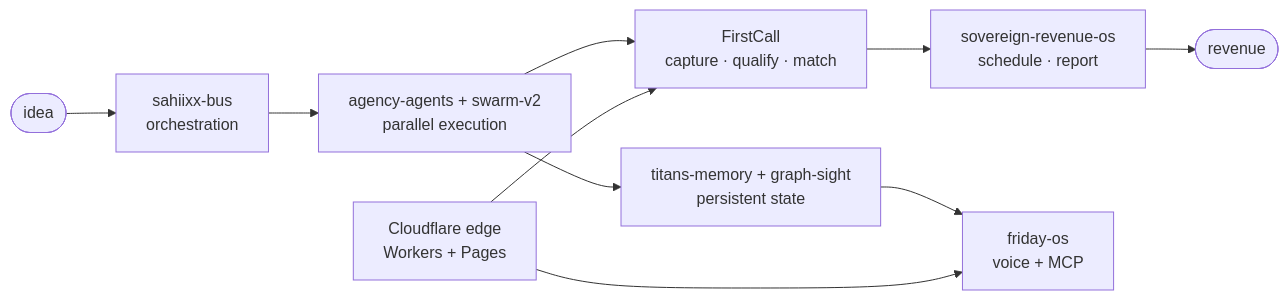
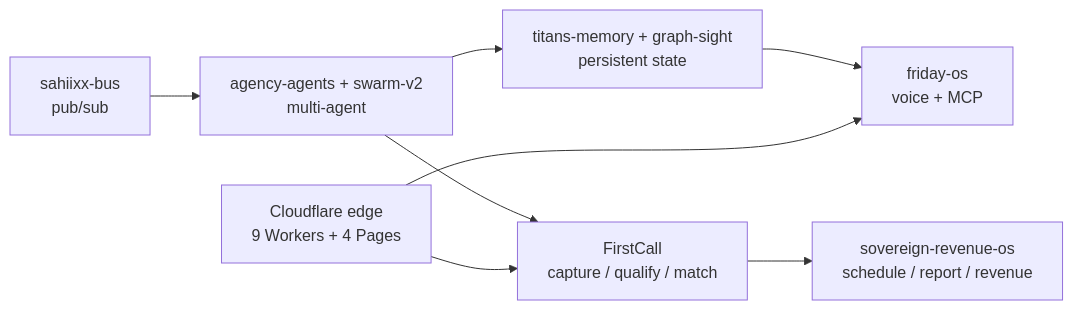
The diagram in README.md (sahiixx/sahiixx), drawn with Mermaid before and after one commit. The commit also changed other lines of this file and 1 other file, not shown here.

Commit message:
feat(readme): the unmatched one — mission-control profile, live everything, execution-proof

````diff
--- a/README.md
+++ b/README.md
@@ -64,12 +62,10 @@
 ```mermaid
 flowchart LR
-    IDEA(["idea"]) --> BUS["sahiixx-bus<br/>orchestration"]
-    BUS --> SWARM["agency-agents + swarm-v2<br/>parallel execution"]
-    SWARM --> MEM["titans-memory + graph-sight<br/>persistent state"]
-    SWARM --> FC["FirstCall<br/>capture · qualify · match"]
-    FC --> REV["sovereign-revenue-os<br/>schedule · report"]
-    MEM --> PA["friday-os<br/>voice + MCP"]
-    EDGE["Cloudflare edge<br/>Workers + Pages"] --> FC
-    EDGE --> PA
-    REV --> OUT(["revenue"])
+  BUS["sahiixx-bus<br/>pub/sub"] --> SWARM["agency-agents + swarm-v2<br/>multi-agent"]
+  SWARM --> MEM["titans-memory + graph-sight<br/>persistent state"]
+  SWARM --> FC["FirstCall<br/>capture / qualify / match"]
+  FC --> REV["sovereign-revenue-os<br/>schedule / report / revenue"]
+  MEM --> PA["friday-os<br/>voice + MCP"]
+  EDGE["Cloudflare edge<br/>9 Workers + 4 Pages"] --> FC
+  EDGE --> PA
 ```
````
